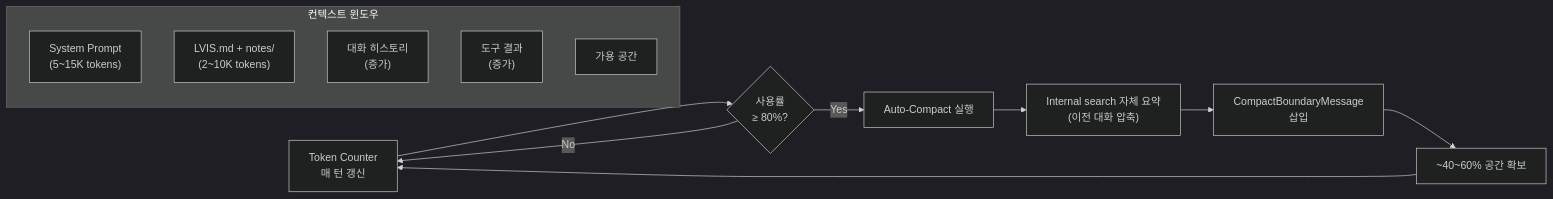
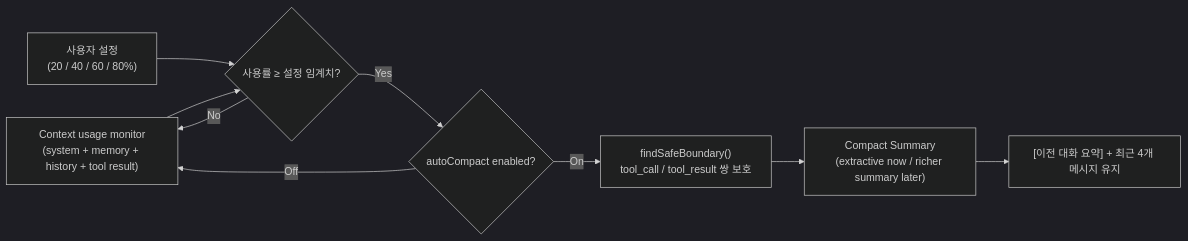
Diagram 11 of 44 in docs/architecture/architecture.md (lvis-project/lvis-app), drawn with Mermaid (dark theme) before and after one commit. The commit also changed other lines of this file and 18 other files, not shown here.

````diff
--- a/docs/architecture/architecture.md
+++ b/docs/architecture/architecture.md
@@ -872,25 +821,17 @@
 ```mermaid
 flowchart LR
-    subgraph "컨텍스트 윈도우"
-        SYS["System Prompt<br/>(5~15K tokens)"]
-        MEM["LVIS.md + notes/<br/>(2~10K tokens)"]
-        HIST["대화 히스토리<br/>(증가)"]
-        TOOL_RES["도구 결과<br/>(증가)"]
-        AVAIL["가용 공간"]
-    end
+    USAGE["Context usage monitor<br/>(system + memory + history + tool result)"]
+    SETTING["사용자 설정<br/>(20 / 40 / 60 / 80%)"]
+    THRESHOLD{"사용률 ≥ 설정 임계치?"}
+    MODE{"autoCompact enabled?"}
+    BOUNDARY["findSafeBoundary()<br/>tool_call / tool_result 쌍 보호"]
+    SUMMARY["Compact Summary<br/>(extractive now / richer summary later)"]
+    REWRITE["[이전 대화 요약] + 최근 4개 메시지 유지"]
 
-    MONITOR["Token Counter<br/>매 턴 갱신"]
-    THRESHOLD{"사용률<br/>≥ 80%?"}
-    COMPACT["Auto-Compact 실행"]
-    SUMMARY["Internal search 자체 요약<br/>(이전 대화 압축)"]
-    MARKER["CompactBoundaryMessage<br/>삽입"]
-    FREED["~40~60% 공간 확보"]
-
-    MONITOR --> THRESHOLD
-    THRESHOLD -->|"Yes"| COMPACT
-    THRESHOLD -->|"No"| MONITOR
-    COMPACT --> SUMMARY
-    SUMMARY --> MARKER
-    MARKER --> FREED
-    FREED --> MONITOR
+    USAGE --> THRESHOLD
+    SETTING --> THRESHOLD
+    THRESHOLD -->|"No"| USAGE
+    THRESHOLD -->|"Yes"| MODE
+    MODE -->|"Off"| USAGE
+    MODE -->|"On"| BOUNDARY --> SUMMARY --> REWRITE
 ```
````
